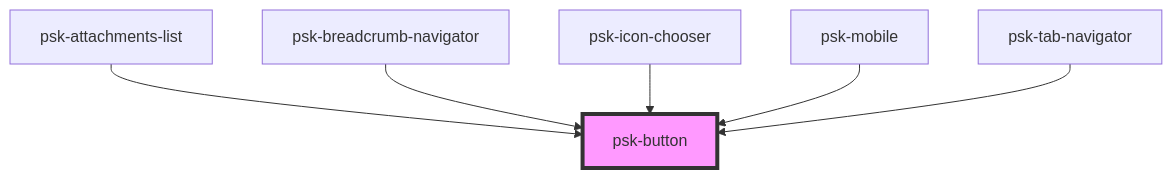
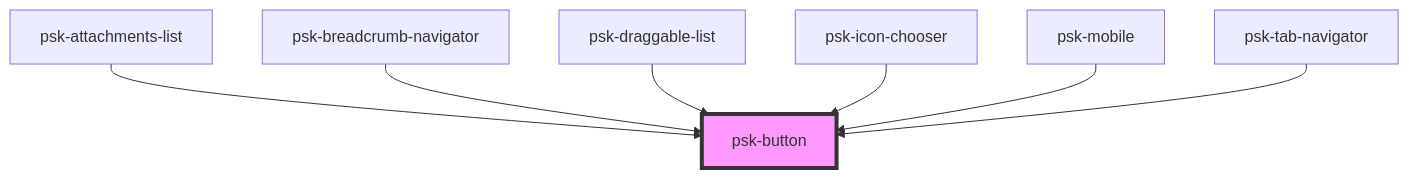
The diagram in src/components/psk-button/readme.md (PrivateSky/cardinal), drawn with Mermaid before and after one commit. The commit also changed other lines of this file and 4 other files, not shown here.

Commit message:
Fixed proxy related bug using updateModel on psk-draggable-list.

````diff
--- a/src/components/psk-button/readme.md
+++ b/src/components/psk-button/readme.md
@@ -34,9 +35,10 @@
 ```mermaid
 graph TD;
   psk-attachments-list --> psk-button
   psk-breadcrumb-navigator --> psk-button
+  psk-draggable-list --> psk-button
   psk-icon-chooser --> psk-button
   psk-mobile --> psk-button
   psk-tab-navigator --> psk-button
   style psk-button fill:#f9f,stroke:#333,stroke-width:4px
 ```
````
